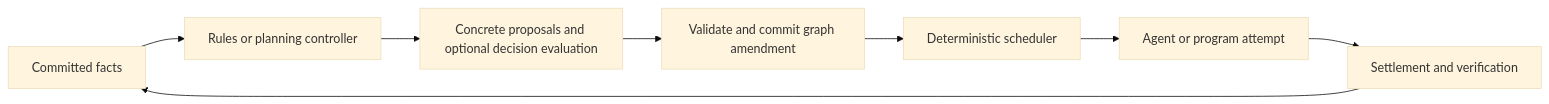
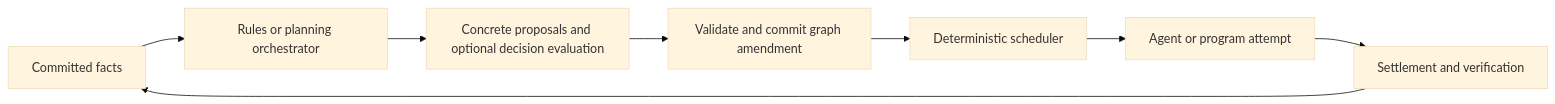
Before and after one commit to sig-id/mitos: the first of 2 diagrams in spec/system/01_ARCHITECTURE.md, drawn with Mermaid (base theme). The commit also changed other lines of this file and 112 other files, not shown here.

````diff
--- a/spec/system/01_ARCHITECTURE.md
+++ b/spec/system/01_ARCHITECTURE.md
@@ -61,10 +61,10 @@
 ```mermaid
 flowchart LR
-    F[Committed facts] --> C[Rules or planning controller]
+    F[Committed facts] --> C[Rules or planning orchestrator]
     C --> P[Concrete proposals and optional decision evaluation]
     P --> K[Validate and commit graph amendment]
     K --> S[Deterministic scheduler]
     S --> E[Agent or program attempt]
     E --> V[Settlement and verification]
     V --> F
 ```
````
